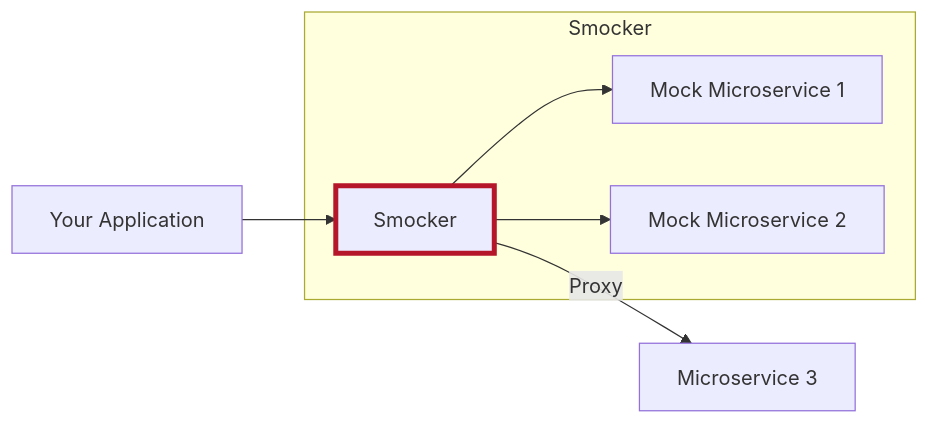
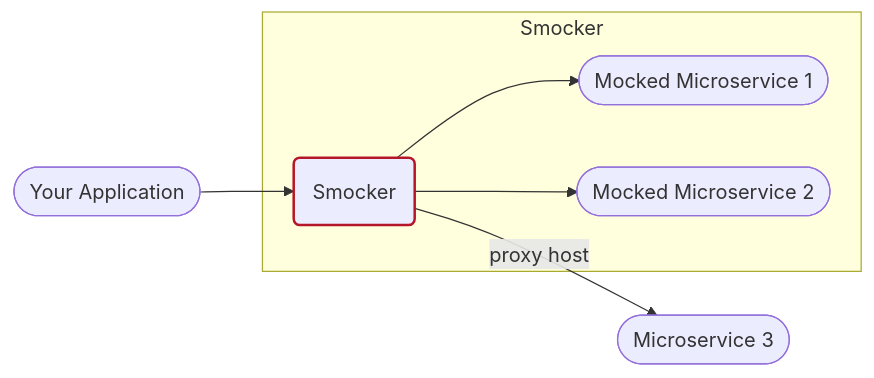
One commit to smocker-dev/smocker changed the second of 4 diagrams in docs/guide/README.md. Above: the diagram before and after it, drawn with Mermaid. The commit also changed other lines of this file and 1 other file, not shown here.

Commit message:
feat: refact mermaid diagram + add http_proxy use case

````diff
--- a/docs/guide/README.md
+++ b/docs/guide/README.md
@@ -27,13 +33,19 @@
 ```mermaid
 graph LR
-  App[Your Application] --> S
+  App([Your Application])
+  M1([Mocked Microservice 1])
+  M2([Mocked Microservice 2])
+  M3([Microservice 3])
+  S(Smocker)
+
+  App --> S
 
   subgraph Smocker
-  S[Smocker] --> M1[Mock Microservice 1]
-  S --> M2[Mock Microservice 2]
+    S --> M1
+    S --> M2
   end
 
-  S -- Proxy --> M3[Microservice 3]
+  S --proxy host--> M3
 
-  style S stroke:#b51629,stroke-width:4px
+  style S stroke:#b51629,stroke-width:2px
 ```
````
